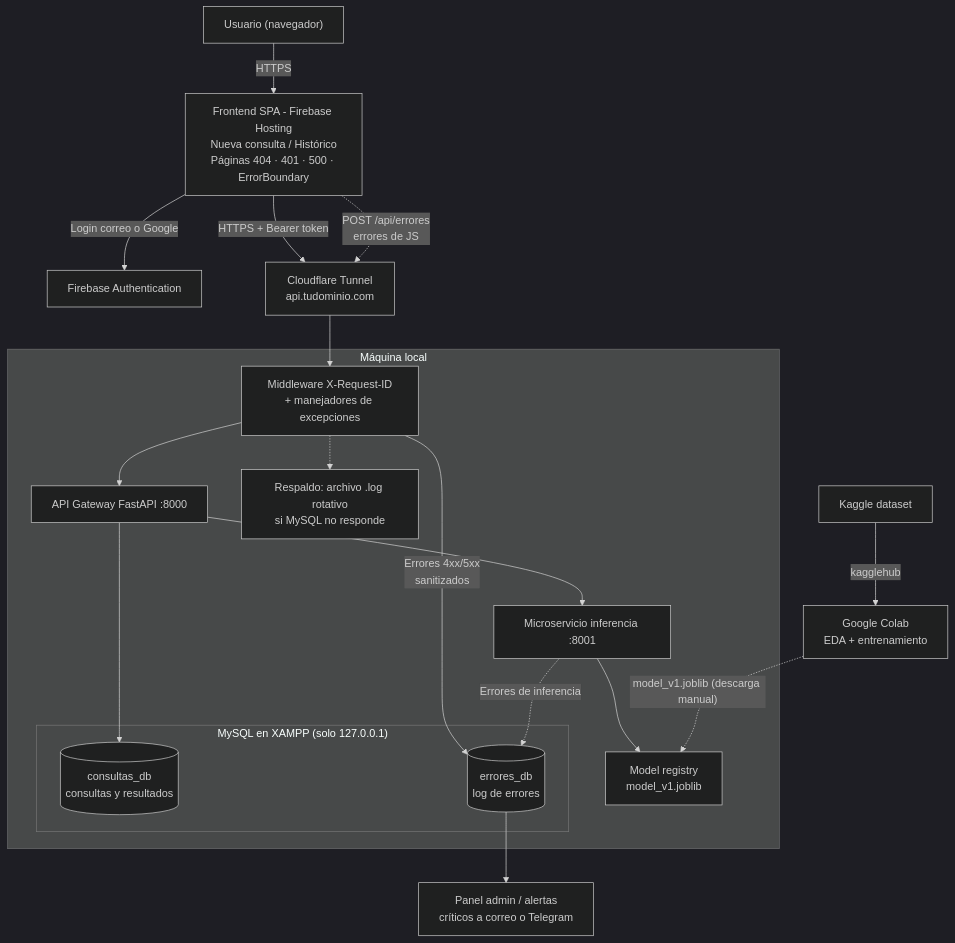
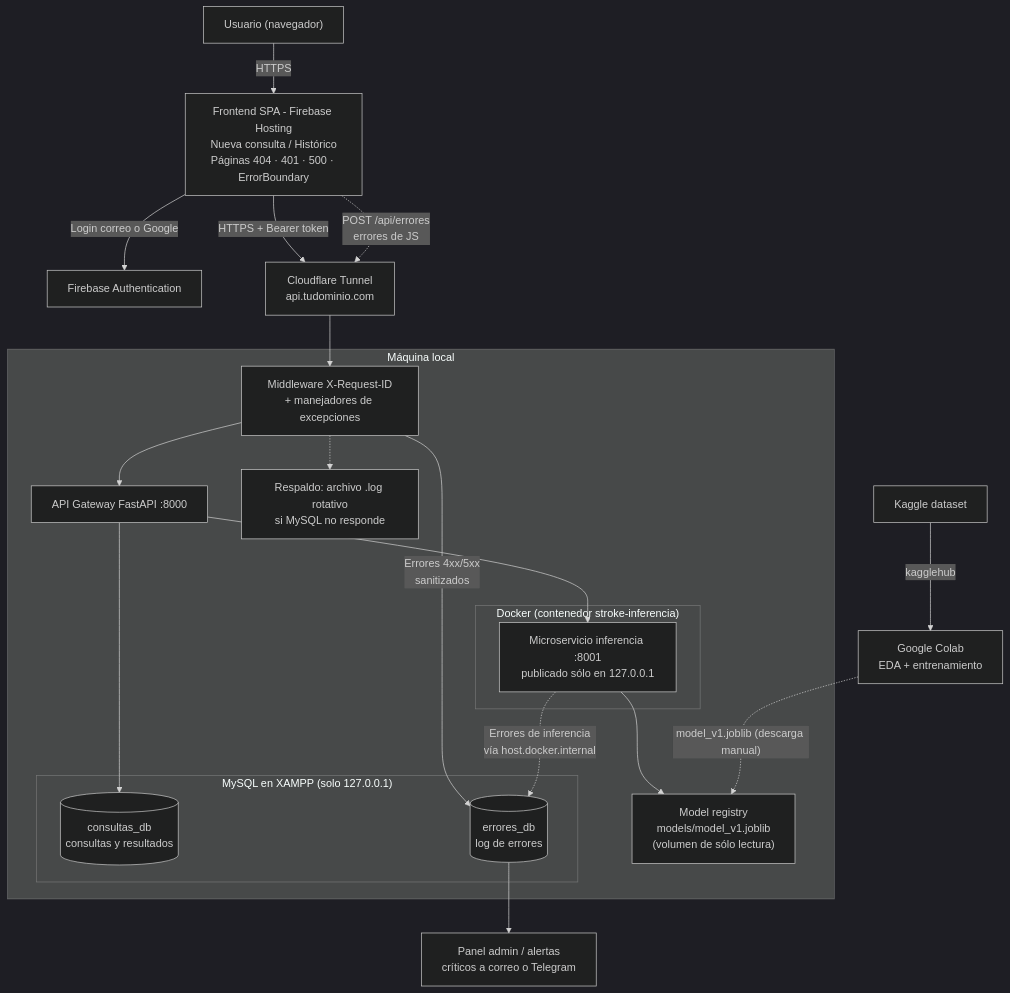
Before and after one commit to chavmoreno/APP_HIBRIDA: the first of 2 diagrams in docs/arquitectura.md, drawn with Mermaid (dark theme). The commit also changed other lines of this file and 10 other files, not shown here.

First line of the commit message:
Microservicio de inferencia en Docker: integración y documentación

````diff
--- a/docs/arquitectura.md
+++ b/docs/arquitectura.md
@@ -7,28 +7,30 @@
 ```mermaid
 flowchart TD
   U["Usuario (navegador)"] -->|HTTPS| FE["Frontend SPA - Firebase Hosting<br/>Nueva consulta / Histórico<br/>Páginas 404 · 401 · 500 · ErrorBoundary"]
   FE -->|"Login correo o Google"| FA["Firebase Authentication"]
   FE -->|"HTTPS + Bearer token"| CF["Cloudflare Tunnel<br/>api.tudominio.com"]
   FE -.->|"POST /api/errores<br/>errores de JS"| CF
   subgraph LOCAL["Máquina local"]
     MW["Middleware X-Request-ID<br/>+ manejadores de excepciones"]
     API["API Gateway FastAPI :8000"]
-    MS["Microservicio inferencia :8001"]
-    MR["Model registry<br/>model_v1.joblib"]
+    subgraph DOCKER["Docker (contenedor stroke-inferencia)"]
+      MS["Microservicio inferencia :8001<br/>publicado sólo en 127.0.0.1"]
+    end
+    MR["Model registry<br/>models/model_v1.joblib<br/>(volumen de sólo lectura)"]
     subgraph XAMPP["MySQL en XAMPP (solo 127.0.0.1)"]
       DB2[("consultas_db<br/>consultas y resultados")]
       DB4[("errores_db<br/>log de errores")]
     end
     FB["Respaldo: archivo .log rotativo<br/>si MySQL no responde"]
     MW --> API
     API --> MS --> MR
     API --> DB2
     MW -->|"Errores 4xx/5xx<br/>sanitizados"| DB4
-    MS -.->|"Errores de inferencia"| DB4
+    MS -.->|"Errores de inferencia<br/>vía host.docker.internal"| DB4
     MW -.-> FB
   end
   CF --> MW
   DB4 --> ADM["Panel admin / alertas<br/>críticos a correo o Telegram"]
   COLAB["Google Colab<br/>EDA + entrenamiento"] -. "model_v1.joblib (descarga manual)" .-> MR
   KG["Kaggle dataset"] -->|kagglehub| COLAB
 ```
````
